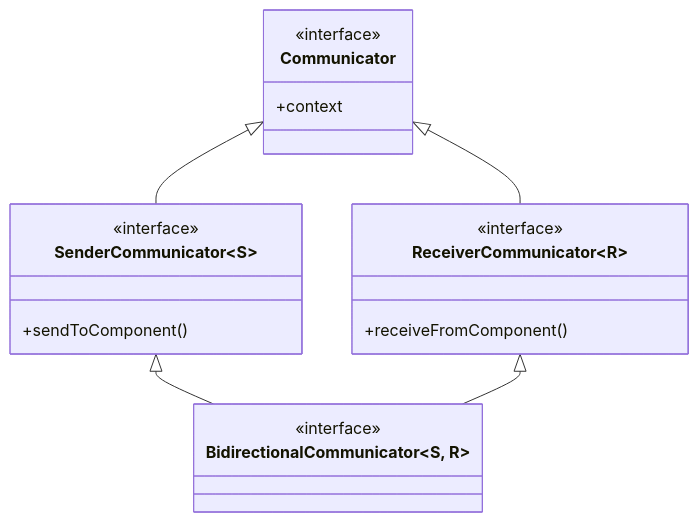
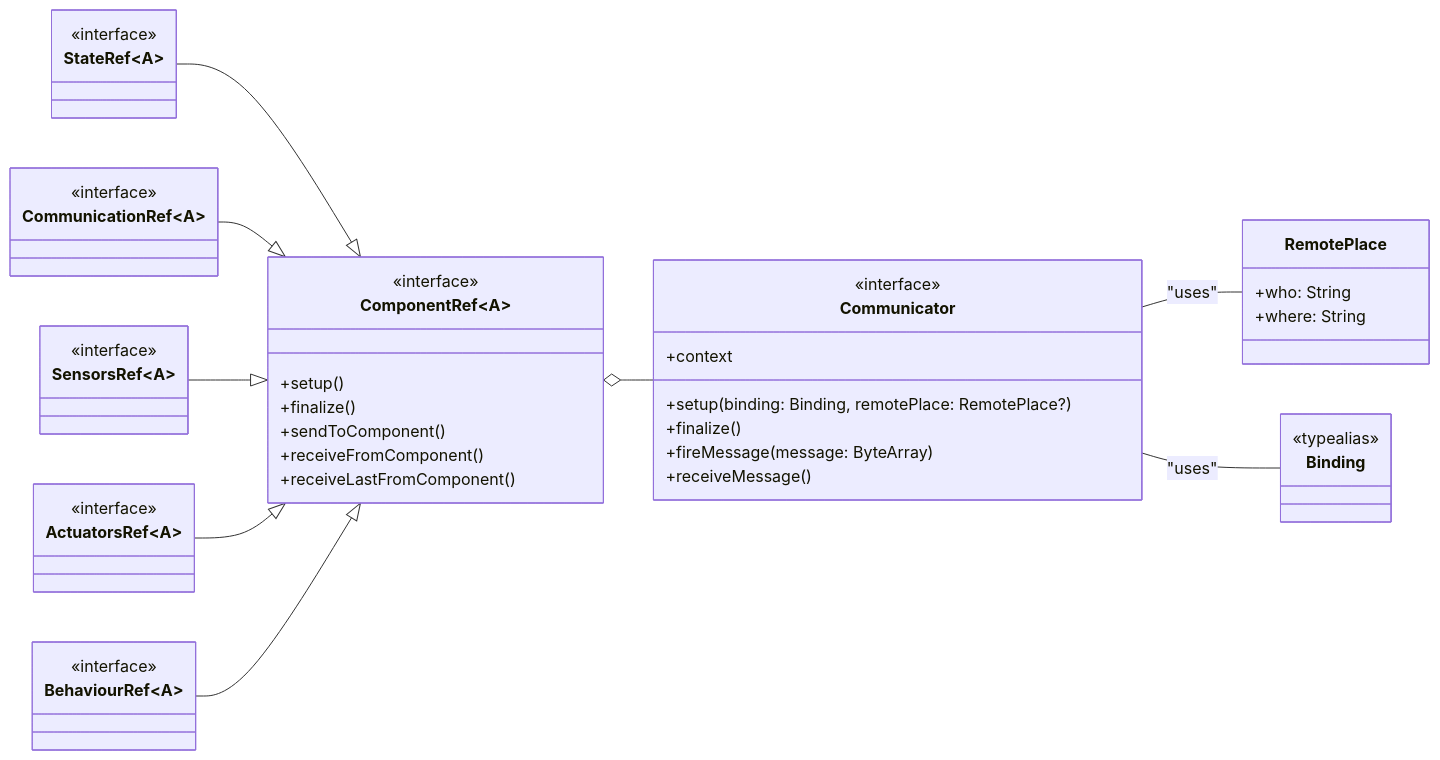
One commit to pulvreakt/pulvreakt changed the diagram in docsite/docs/pulverization-concepts/communicator-architecture.mdx. Above: the diagram before and after it, drawn with Mermaid. The commit also changed 8 other files, not shown here.

````diff
--- a/docsite/docs/pulverization-concepts/communicator-architecture.mdx
+++ b/docsite/docs/pulverization-concepts/communicator-architecture.mdx
@@ -9,25 +9,49 @@
 ```mermaid
 classDiagram
+direction LR
+  class ComponentRef~A~ {
+    +setup()
+    +finalize()
+    +sendToComponent()
+    +receiveFromComponent()
+    +receiveLastFromComponent()
+  }
+  <<interface>> ComponentRef
+
+  class StateRef~A~
+  <<interface>> StateRef
+  class CommunicationRef~A~
+  <<interface>> CommunicationRef
+  class SensorsRef~A~
+  <<interface>> SensorsRef
+  class ActuatorsRef~A~
+  <<interface>> ActuatorsRef
+  class BehaviourRef~A~
+  <<interface>> BehaviourRef
+
   class Communicator {
     +context
+    +setup(binding: Binding, remotePlace: RemotePlace?)
+    +finalize()
+    +fireMessage(message: ByteArray)
+    +receiveMessage()
   }
   <<interface>> Communicator
 
-  class SenderCommunicator~S~ {
-    +sendToComponent()
+  class RemotePlace {
+    +who: String
+    +where: String
   }
-  <<interface>> SenderCommunicator
 
-  class ReceiverCommunicator~R~ {
-    +receiveFromComponent()
-  }
-  <<interface>> ReceiverCommunicator
+  class Binding
+  <<typealias>> Binding
 
-  class BidirectionalCommunicator~S, R~
-  <<interface>> BidirectionalCommunicator
-
-  Communicator <|-- SenderCommunicator
-  Communicator <|-- ReceiverCommunicator
-  SenderCommunicator <|-- BidirectionalCommunicator
-  ReceiverCommunicator <|-- BidirectionalCommunicator
+  ComponentRef o-- "" Communicator
+  StateRef --|> ComponentRef
+  CommunicationRef --|> ComponentRef
+  SensorsRef --|> ComponentRef
+  ActuatorsRef --|> ComponentRef
+  BehaviourRef --|> ComponentRef
+  Communicator -- RemotePlace : "uses"
+  Communicator -- Binding : "uses"
 ```
````
